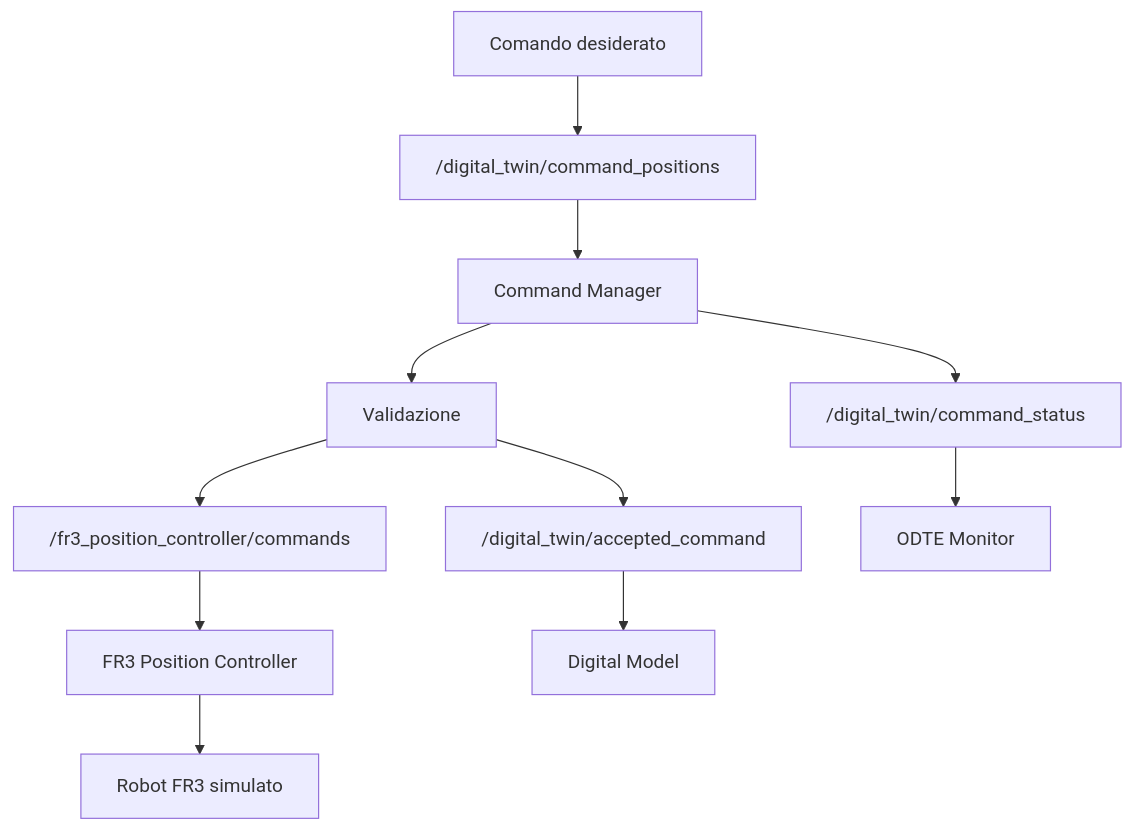
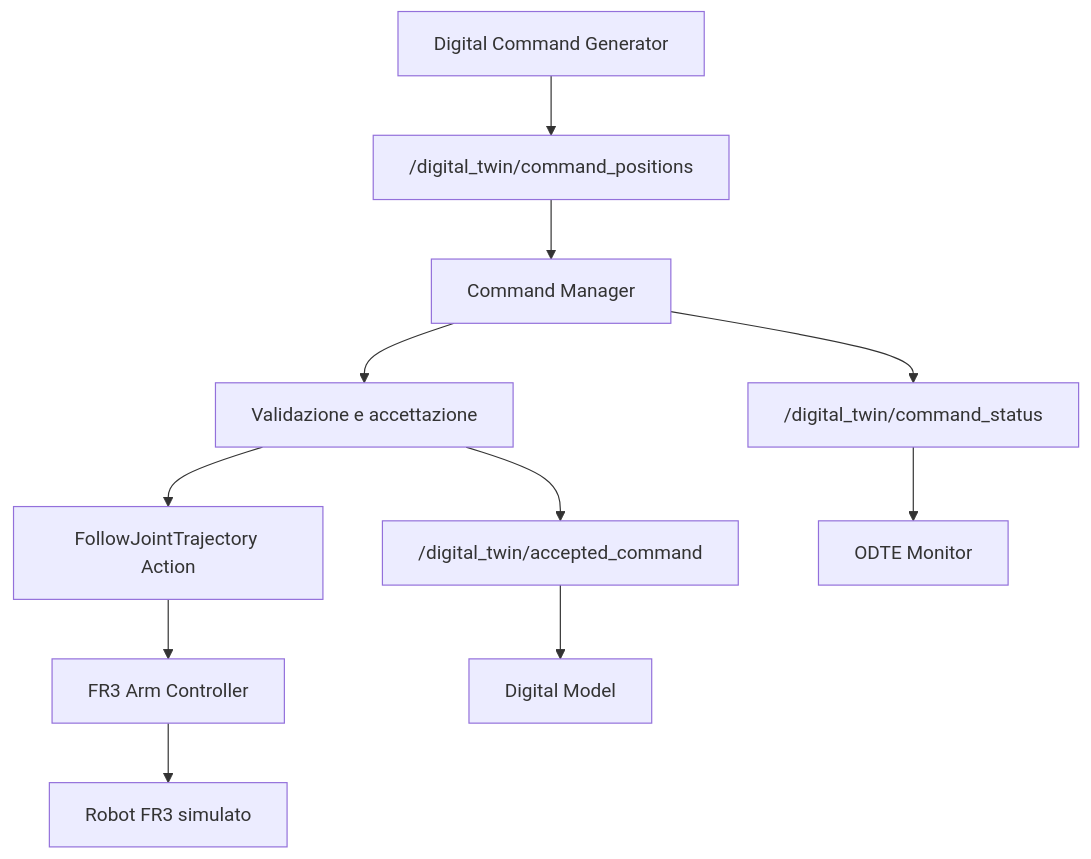
Before and after one commit to chiarabrignani/franka_digital_twin: the third of 3 diagrams in docs/architecture.md, drawn with Mermaid. The commit also changed other lines of this file and 2 other files, not shown here.

Commit message:
Update documentation and refine command manager

````diff
--- a/docs/architecture.md
+++ b/docs/architecture.md
@@ -235,25 +216,25 @@
 ```mermaid
 flowchart TD
-    A["Comando desiderato"]
+    A["Digital Command Generator"]
     B["/digital_twin/command_positions"]
     C["Command Manager"]
-    D["Validazione"]
+    D["Validazione e accettazione"]
     E["/digital_twin/accepted_command"]
-    F["/fr3_position_controller/commands"]
-    G["FR3 Position Controller"]
+    F["FollowJointTrajectory Action"]
+    G["FR3 Arm Controller"]
     H["Robot FR3 simulato"]
     I["/digital_twin/command_status"]
     J["ODTE Monitor"]
     K["Digital Model"]
 
     A --> B
     B --> C
     C --> D
     D --> E
     D --> F
     E --> K
     F --> G
     G --> H
     C --> I
     I --> J
 ```
````
